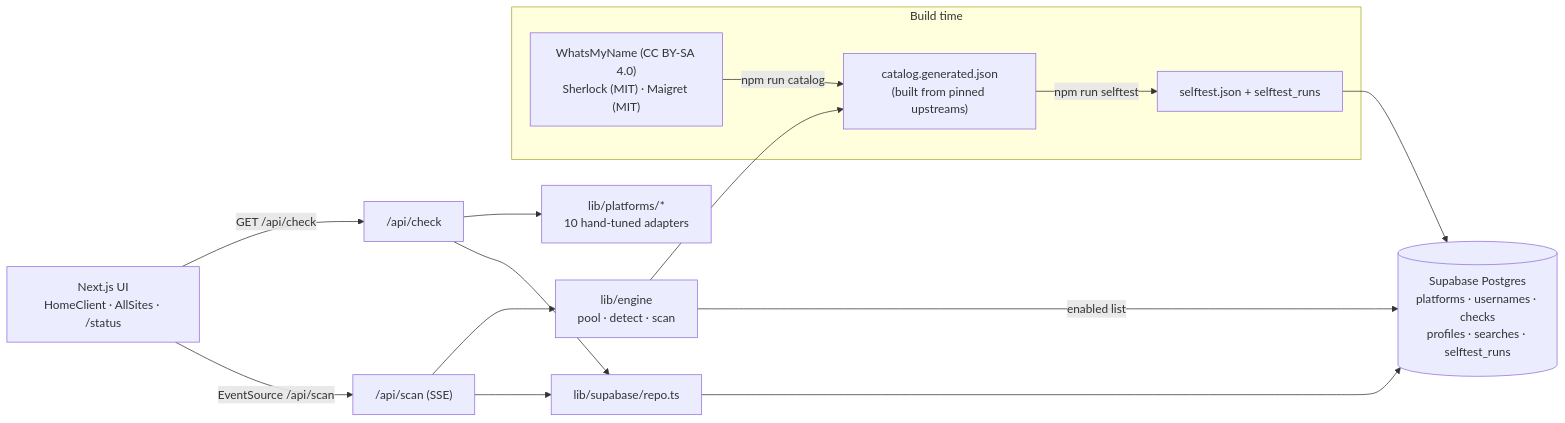
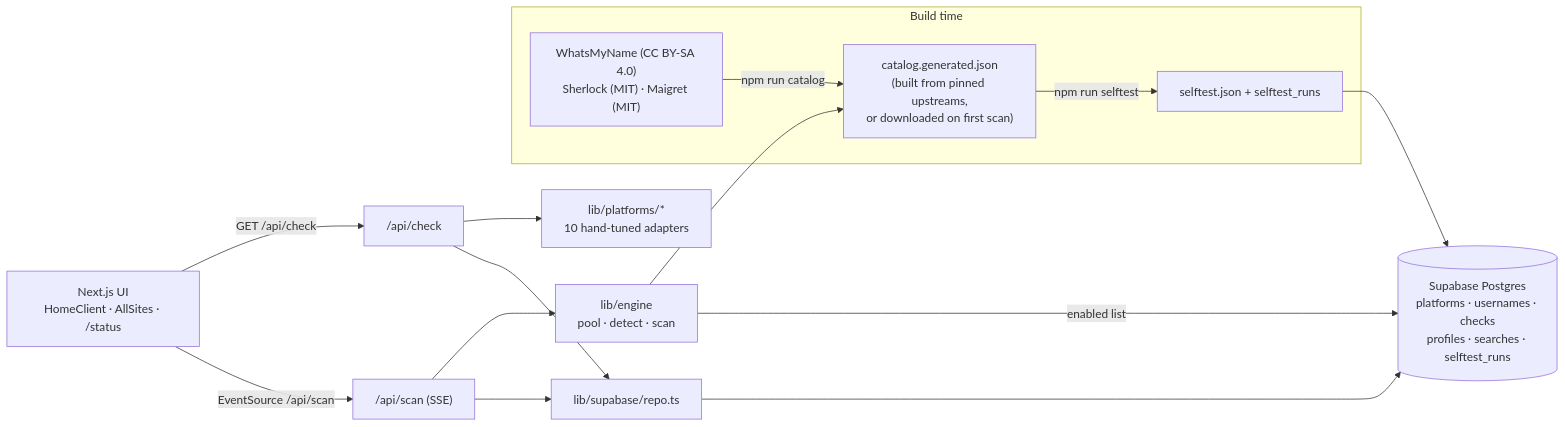
The diagram in README.md (eidrencore-svg/handle-hub), drawn with Mermaid before and after one commit. The commit also changed other lines of this file and 1 other file, not shown here.

First line of the commit message:
docs: zero-env quick start, Termux/Android, method chains, runtime catalog, countik note

````diff
--- a/README.md
+++ b/README.md
@@ -9,15 +9,15 @@
 ```mermaid
 flowchart LR
   UI["Next.js UI<br/>HomeClient · AllSites · /status"] -->|"GET /api/check"| CHECK["/api/check"]
   UI -->|"EventSource /api/scan"| SCAN["/api/scan (SSE)"]
   CHECK --> ADAPTERS["lib/platforms/*<br/>10 hand-tuned adapters"]
   SCAN --> ENGINE["lib/engine<br/>pool · detect · scan"]
-  ENGINE --> CATALOG["catalog.generated.json<br/>(built from pinned upstreams)"]
+  ENGINE --> CATALOG["catalog.generated.json<br/>(built from pinned upstreams,<br/>or downloaded on first scan)"]
   ENGINE -->|"enabled list"| DB
   CHECK & SCAN --> REPO["lib/supabase/repo.ts"] --> DB[("Supabase Postgres<br/>platforms · usernames · checks<br/>profiles · searches · selftest_runs")]
   subgraph build["Build time"]
     UP["WhatsMyName (CC BY-SA 4.0)<br/>Sherlock (MIT) · Maigret (MIT)"] -->|"npm run catalog"| CATALOG
     CATALOG -->|"npm run selftest"| ST["selftest.json + selftest_runs"]
   end
   ST --> DB
 ```
````
